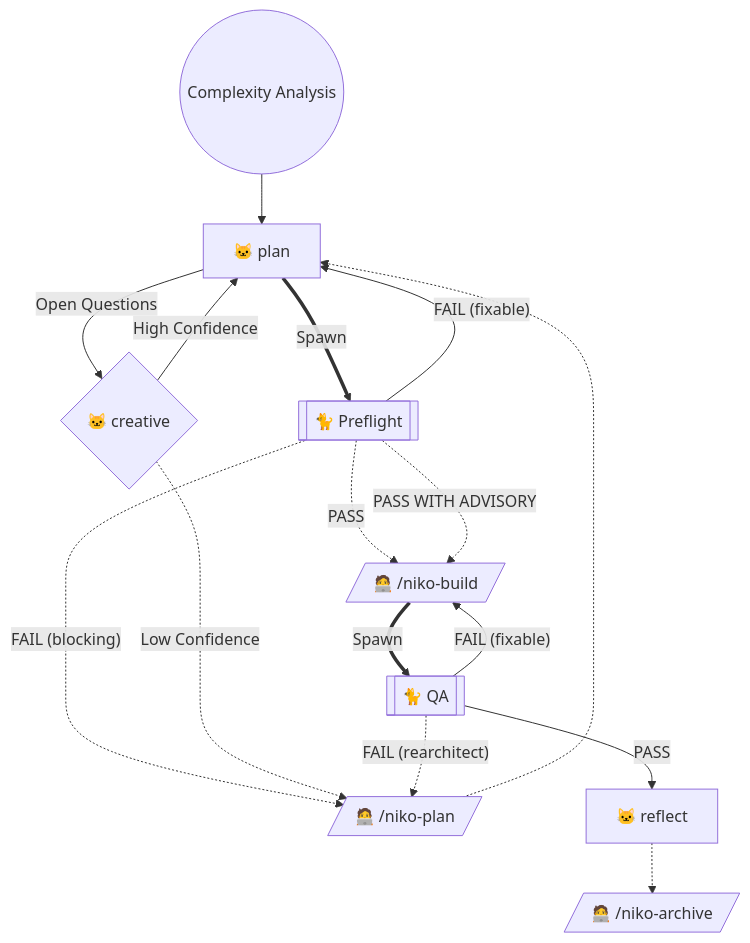
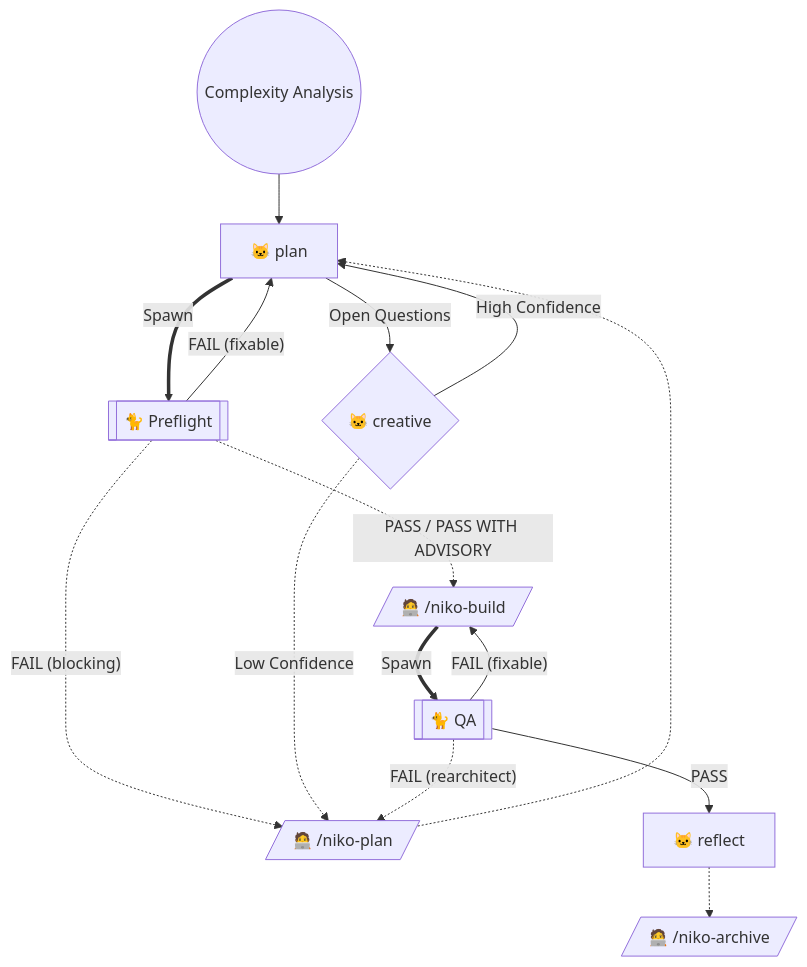
One commit to Texarkanine/.cursor-rules changed the diagram in rulesets/niko/skills/niko/references/level3/level3-workflow.md. Above: the diagram before and after it, drawn with Mermaid. The commit also changed other lines of this file and 3 other files, not shown here.

Commit message:
fix(niko): combine Preflight PASS chart edges [#114]

````diff
--- a/rulesets/niko/skills/niko/references/level3/level3-workflow.md
+++ b/rulesets/niko/skills/niko/references/level3/level3-workflow.md
@@ -9,21 +9,20 @@
 ```mermaid
 graph TD
     Start(("Complexity Analysis")) --> NikoPlan["🐱 plan"]
     NikoPlan ==Spawn==> NikoPreflight[["🐈 Preflight"]]
-    NikoPreflight -.->|"PASS"| ManualBuild[/"🧑‍💻 /niko-build"/]
-    NikoPreflight -.->|"PASS WITH ADVISORY"| ManualBuild
+    NikoPreflight -.->|"PASS / PASS WITH ADVISORY"| ManualBuild[/"🧑‍💻 /niko-build"/]
     NikoPreflight -->|"FAIL (fixable)"| NikoPlan
     NikoPreflight -.->|"FAIL (blocking)"| ManualPlan[/"🧑‍💻 /niko-plan"/]
 
     NikoPlan -->|"Open Questions"| NikoCreative{"🐱 creative"}
     NikoCreative -->|"High Confidence"| NikoPlan
     NikoCreative -.->|"Low Confidence"| ManualPlan
 
     ManualBuild ==Spawn==> NikoQA[["🐈 QA"]]
     NikoQA -->|"PASS"| NikoReflect["🐱 reflect"]
     NikoReflect -.-> ManualArchive[/"🧑‍💻 /niko-archive"/]
     NikoQA -->|"FAIL (fixable)"| ManualBuild
     NikoQA -.->|"FAIL (rearchitect)"| ManualPlan
 
     ManualPlan -.-> NikoPlan
 ```
````
